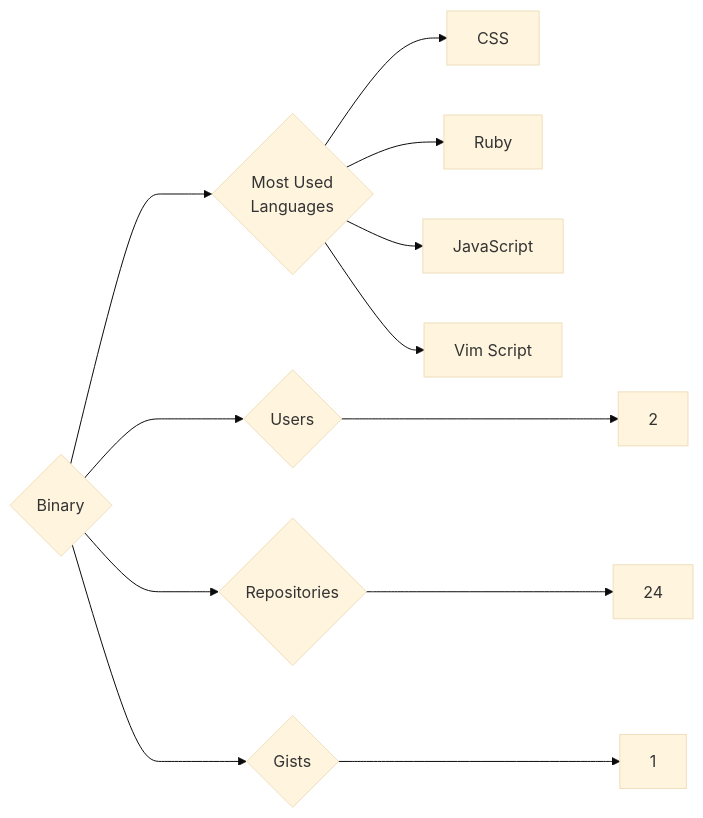
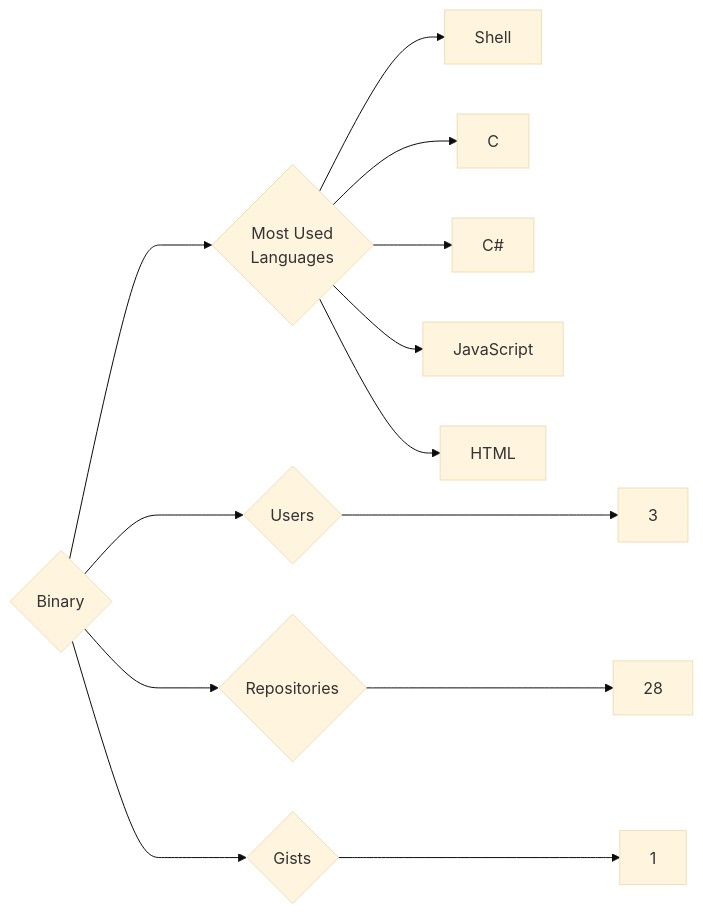
The diagram in targets/Binary/README.md (trickest/insiders), drawn with Mermaid (base theme) before and after one commit. The commit also changed 786 other files, not shown here.

````diff
--- a/targets/Binary/README.md
+++ b/targets/Binary/README.md
@@ -3,12 +3,13 @@
 ```mermaid
 graph LR
 COMPANY_NAME{Binary}
-COMPANY_NAME ---> U{Users} ---> UN[2]
-COMPANY_NAME ---> R{Repositories} ---> RN[24]
+COMPANY_NAME ---> U{Users} ---> UN[3]
+COMPANY_NAME ---> R{Repositories} ---> RN[28]
 COMPANY_NAME ---> G{Gists} ---> GN[1]
 COMPANY_NAME ---> ML{Most Used<br>Languages}
-ML --> CSS[CSS]
-ML --> Ruby[Ruby]
+ML --> Shell[Shell]
+ML --> C[C]
+ML --> C#[C#]
 ML --> JavaScript[JavaScript]
-ML --> Vim_Script[Vim Script]
+ML --> HTML[HTML]
 ```
````
